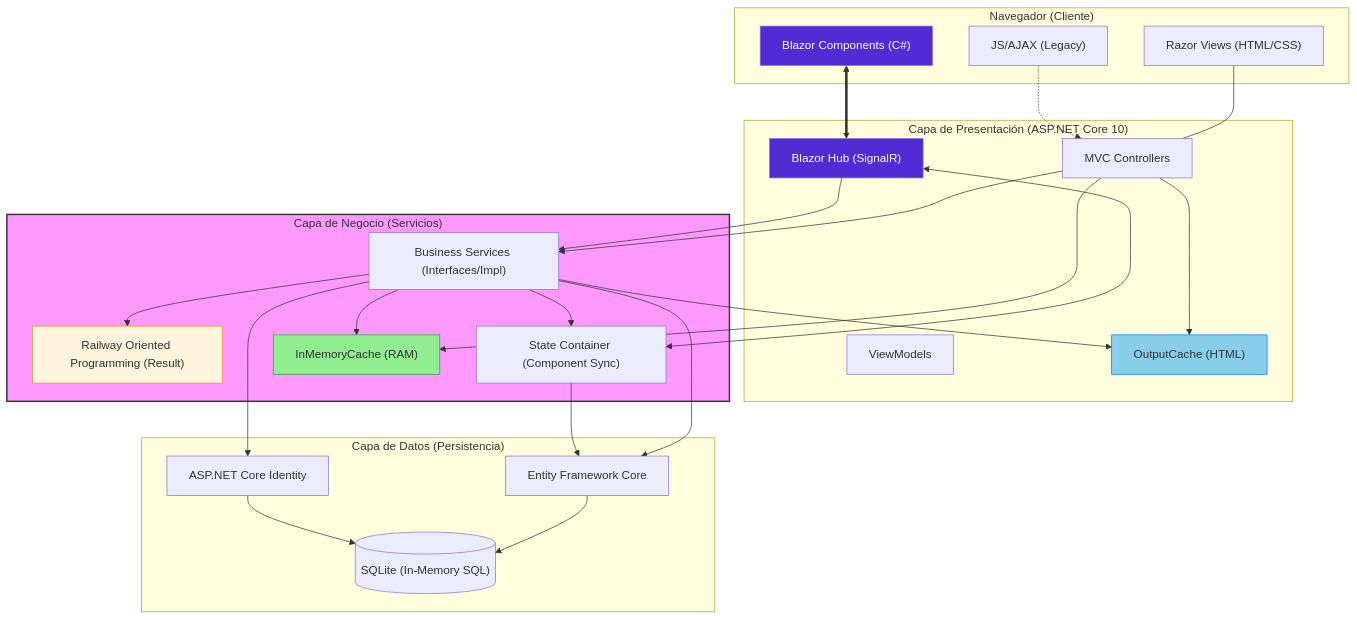
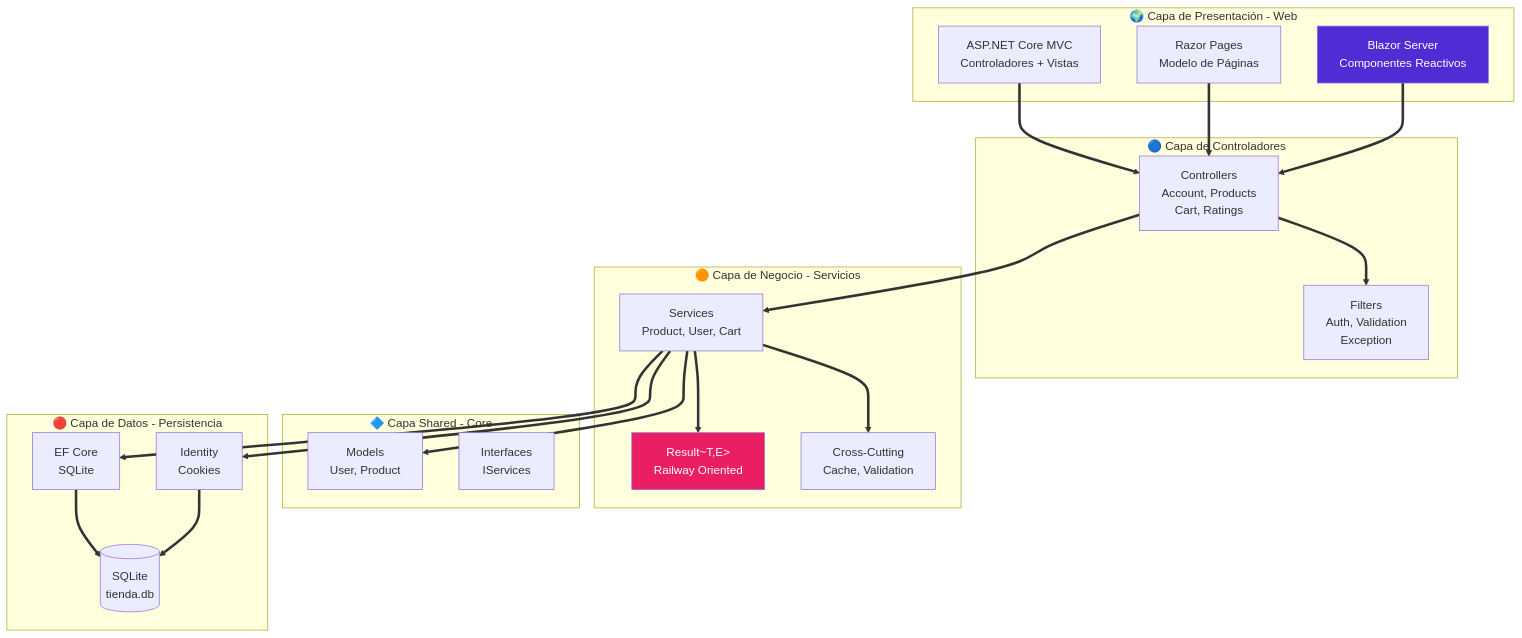
Before and after one commit to joseluisgs/TiendaDawWeb-NetCore: the second of 4 diagrams in README.md, drawn with Mermaid. The commit also changed other lines of this file and 45 other files, not shown here.

````diff
--- a/README.md
+++ b/README.md
@@ -323,60 +516,43 @@
 ```mermaid
-graph TD
-    subgraph Cliente["Navegador (Cliente)"]
-        UI_MVC["Razor Views (HTML/CSS)"]
-        UI_BLZ["Blazor Components (C#)"]
-        JS_AJAX["JS/AJAX (Legacy)"]
+graph TB
+    subgraph "🌍 Capa de Presentación - Web"
+        MVC["ASP.NET Core MVC<br/>Controladores + Vistas"]
+        RP["Razor Pages<br/>Modelo de Páginas"]
+        BLZR["Blazor Server<br/>Componentes Reactivos"]
     end
 
-    subgraph CapaPresentacion["Capa de Presentación (ASP.NET Core 10)"]
-        CTRL["MVC Controllers"]
-        HUB["Blazor Hub (SignalR)"]
-        VM["ViewModels"]
-        OUT["OutputCache (HTML)"]
+    subgraph "🔵 Capa de Controladores"
+        CTRL["Controllers<br/>Account, Products<br/>Cart, Ratings"]
+        FILT["Filters<br/>Auth, Validation<br/>Exception"]
     end
 
-    subgraph CapaNegocio["Capa de Negocio (Servicios)"]
-        SRV["Business Services (Interfaces/Impl)"]
-        ROP["Railway Oriented Programming (Result)"]
-        SC["State Container (Component Sync)"]
-        IMC["InMemoryCache (RAM)"]
+    subgraph "🟠 Capa de Negocio - Servicios"
+        SVC["Services<br/>Product, User, Cart"]
+        ROP["Result~T,E&gt;<br/>Railway Oriented"]
+        CCC["Cross-Cutting<br/>Cache, Validation"]
     end
 
-    subgraph CapaDatos["Capa de Datos (Persistencia)"]
-        EF["Entity Framework Core"]
-        ID["ASP.NET Core Identity"]
-        DB[("SQLite (In-Memory SQL)")]
+    subgraph "🔷 Capa Shared - Core"
+        MOD["Models<br/>User, Product"]
+        INT["Interfaces<br/>IServices"]
     end
 
-    %% Flujos de interacción
-    UI_MVC --- CTRL
-    JS_AJAX -.-> CTRL
-    UI_BLZ <==> HUB
+    subgraph "🔴 Capa de Datos - Persistencia"
+        EF["EF Core<br/>SQLite"]
+        ID["Identity<br/>Cookies"]
+        DB[("SQLite<br/>tienda.db")]
+    end
 
-    CTRL --> SRV
-    HUB --> SRV
-    HUB <--> SC
+    MVC & RP & BLZR ==> CTRL
+    CTRL ==> FILT
+    CTRL ==> SVC
+    SVC ==> ROP
+    SVC ==> CCC
+    SVC ==> MOD
+    SVC ==> EF
+    SVC ==> ID
+    EF & ID ==> DB
 
-    CTRL --> IMC
-    CTRL --> OUT
-    
-    SRV --> ROP
-    SRV --> IMC
-    SRV --> OUT
-    SRV --> SC
-
-    SRV --> EF
-    SC --> EF
-    SRV --> ID
-
-    EF --> DB
-    ID --> DB
-
-    %% Estilos
-    style CapaNegocio fill:#f9f,stroke:#333,stroke-width:2px
-    style UI_BLZ fill:#512bd4,color:#fff
-    style HUB fill:#512bd4,color:#fff
-    style ROP fill:#fff4dd,stroke:#d4a017
-    style IMC fill:#90ee90,stroke:#28a745
-    style OUT fill:#87ceeb,stroke:#007bff
+    style BLZR fill:#512bd4,color:#fff
+    style ROP fill:#e91e63,color:#fff
 ```
````
